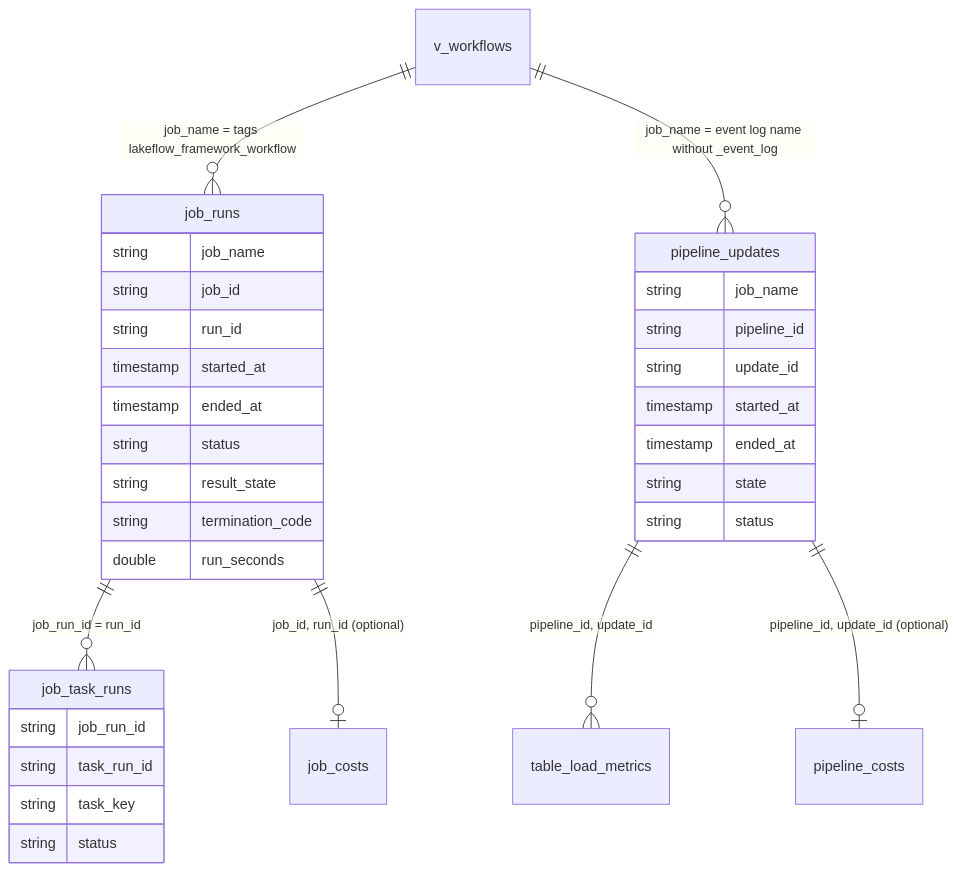
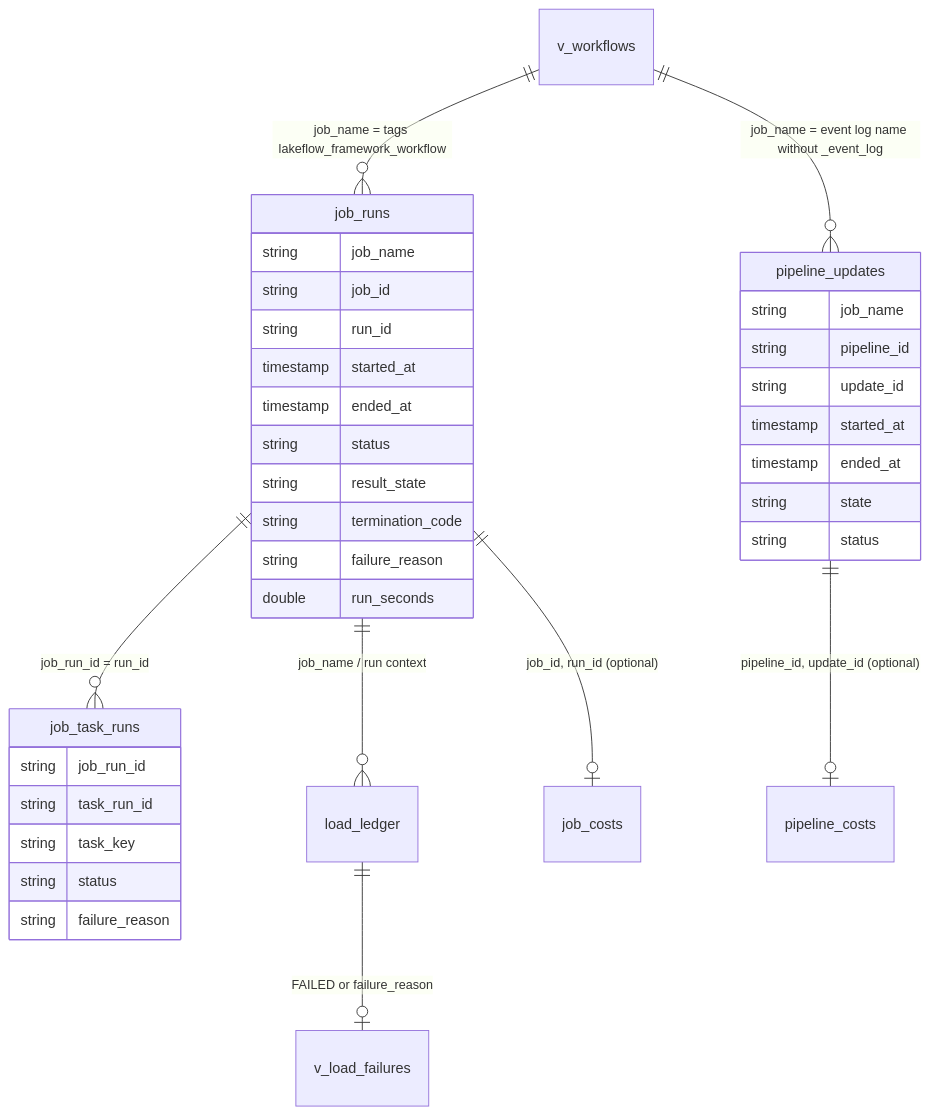
One commit to NitinKeshavB/framework changed the sixth of 9 diagrams in framework_docs/ARCHITECTURE.md. Above: the diagram before and after it, drawn with Mermaid. The commit also changed other lines of this file and 20 other files, not shown here.

First line of the commit message:
Make load_ledger the sole recon SoR with NRT runs and archives.

````diff
--- a/framework_docs/ARCHITECTURE.md
+++ b/framework_docs/ARCHITECTURE.md
@@ -236,35 +253,38 @@
 ```mermaid
 erDiagram
   v_workflows ||--o{ job_runs : "job_name = tags lakeflow_framework_workflow"
   job_runs ||--o{ job_task_runs : "job_run_id = run_id"
   v_workflows ||--o{ pipeline_updates : "job_name = event log name without _event_log"
-  pipeline_updates ||--o{ table_load_metrics : "pipeline_id, update_id"
+  job_runs ||--o{ load_ledger : "job_name / run context"
+  load_ledger ||--o| v_load_failures : "FAILED or failure_reason"
   job_runs ||--o| job_costs : "job_id, run_id (optional)"
   pipeline_updates ||--o| pipeline_costs : "pipeline_id, update_id (optional)"
   job_runs {
     string job_name
     string job_id
     string run_id
     timestamp started_at
     timestamp ended_at
     string status
     string result_state
     string termination_code
+    string failure_reason
     double run_seconds
   }
   job_task_runs {
     string job_run_id
     string task_run_id
     string task_key
     string status
+    string failure_reason
   }
   pipeline_updates {
     string job_name
     string pipeline_id
     string update_id
     timestamp started_at
     timestamp ended_at
     string state
     string status
   }
 ```
````
